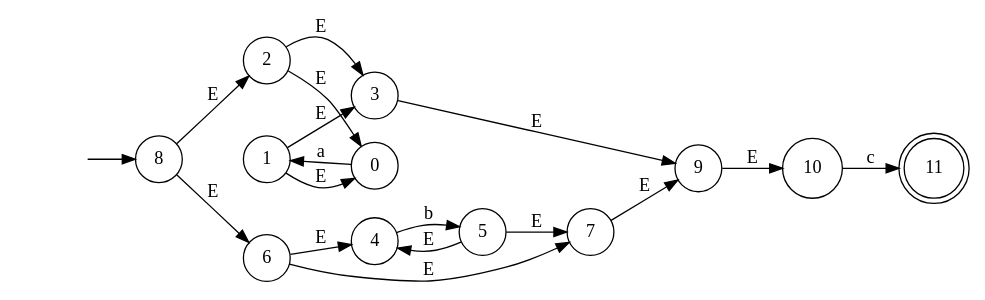
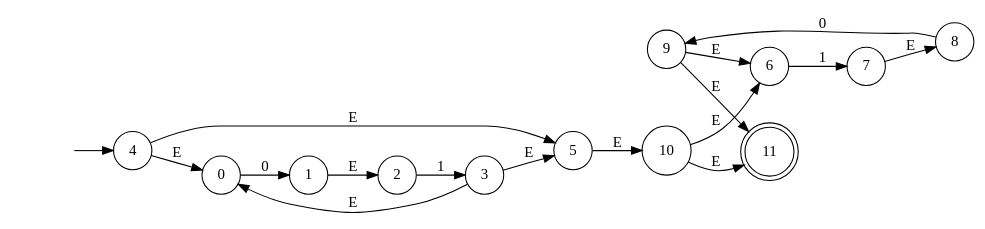
One commit to CrisLayB/ProgrammingLanguageDesign changed the diagram in docs/automataAFN.dot. Above: the diagram before and after it, drawn with Graphviz. The commit also changed 8 other files, not shown here.

```diff
--- a/docs/automataAFN.dot
+++ b/docs/automataAFN.dot
@@ -1,27 +1,26 @@
 digraph "Resultado Automata" {
 rankdir=LR size="8,5"
 node [shape=doublecircle]
 11
 node [shape=circle]
-8
+4
 node [shape=none]
 ""
-""-> 8 [label=""]
+""-> 4 [label=""]
 node [shape=circle]
-0 -> 1[label="a"]
-1 -> 0[label="E"]
-2 -> 3[label="E"]
-2 -> 0[label="E"]
-1 -> 3[label="E"]
-4 -> 5[label="b"]
-5 -> 4[label="E"]
-6 -> 7[label="E"]
-6 -> 4[label="E"]
-5 -> 7[label="E"]
-8 -> 2[label="E"]
-8 -> 6[label="E"]
-3 -> 9[label="E"]
-7 -> 9[label="E"]
-10 -> 11[label="c"]
-9 -> 10[label="E"]
+0 -> 1[label="0"]
+2 -> 3[label="1"]
+1 -> 2[label="E"]
+3 -> 0[label="E"]
+4 -> 5[label="E"]
+4 -> 0[label="E"]
+3 -> 5[label="E"]
+6 -> 7[label="1"]
+8 -> 9[label="0"]
+7 -> 8[label="E"]
+9 -> 6[label="E"]
+10 -> 11[label="E"]
+10 -> 6[label="E"]
+9 -> 11[label="E"]
+5 -> 10[label="E"]
 }
```
